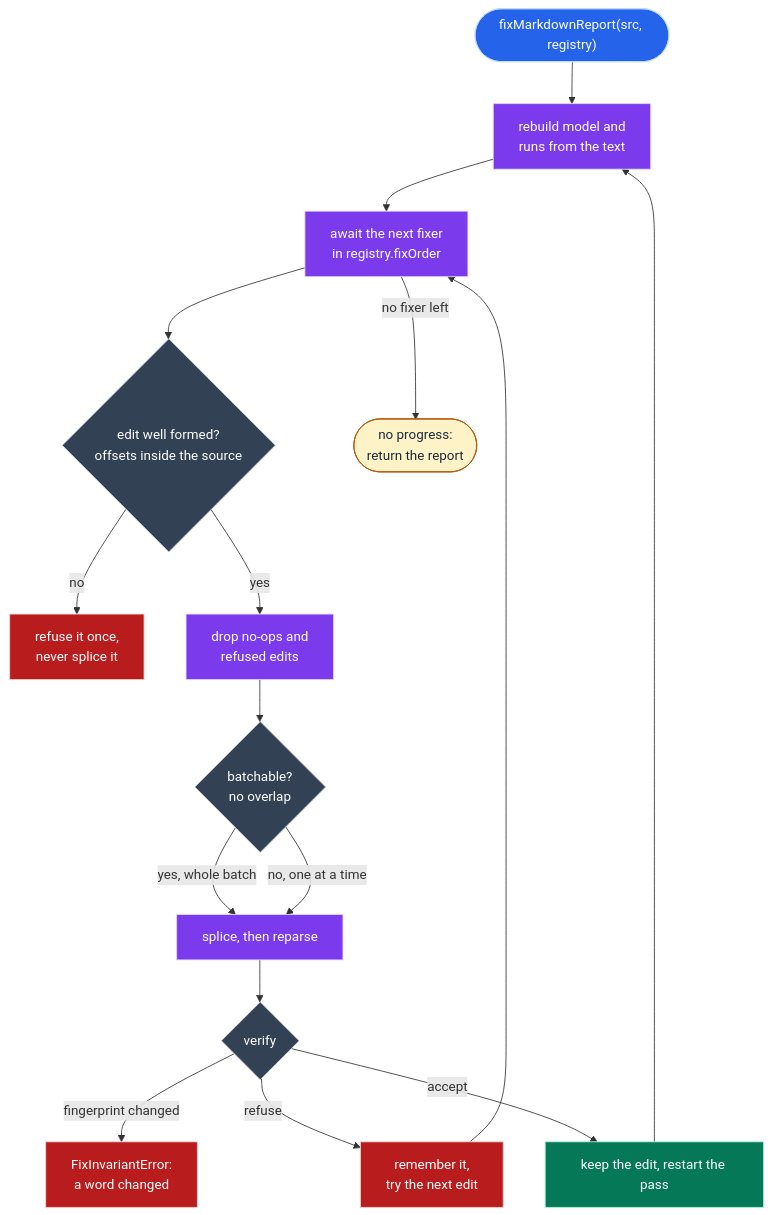
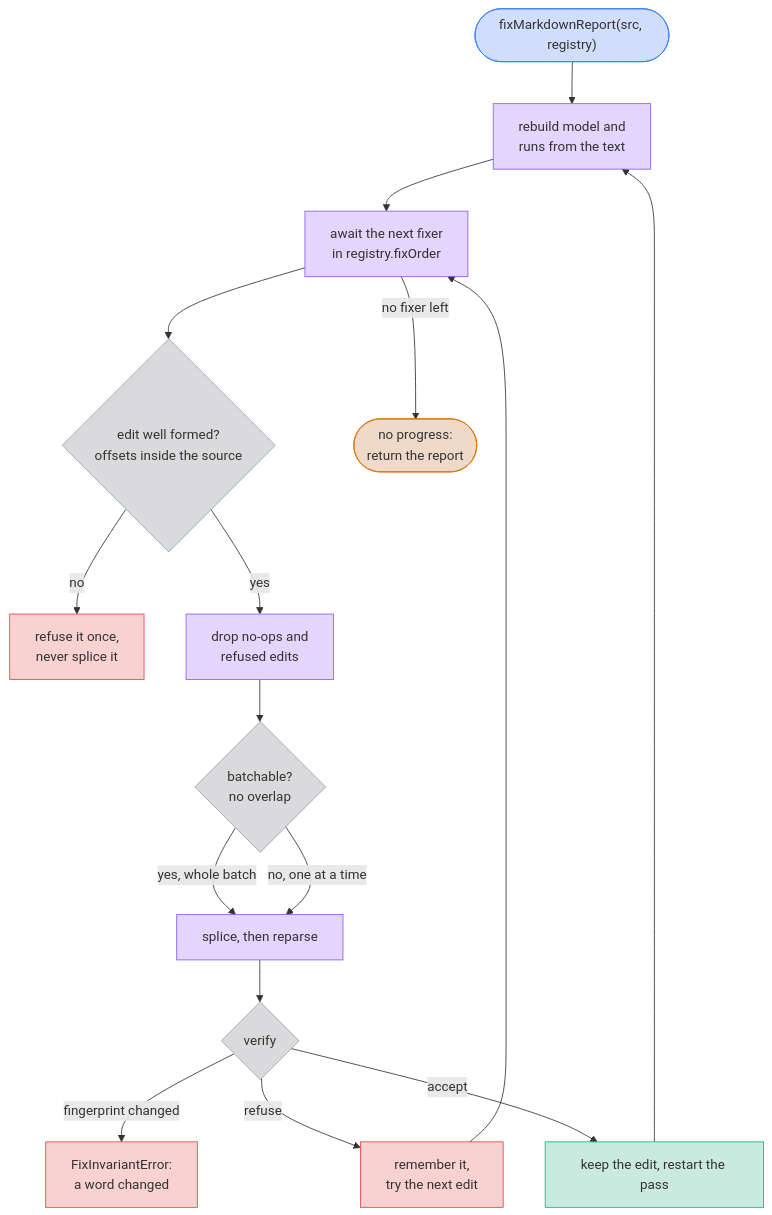
Before and after one commit to jpeakai/jpai-prose-gates: diagram 11 of 19 in docs/DATA_MODEL.md, drawn with Mermaid. The commit also changed other lines of this file and 1 other file, not shown here.

First line of the commit message:
docs: recalibrate the Mermaid diagrams for Material with translucent fills

````diff
--- a/docs/DATA_MODEL.md
+++ b/docs/DATA_MODEL.md
@@ -369,34 +369,34 @@
 ```mermaid
 flowchart TB
     START(["fixMarkdownReport(src, registry)"]):::source
     BUILD["rebuild model and<br/>runs from the text"]:::build
     ASK["await the next fixer<br/>in registry.fixOrder"]:::build
     SOUND{"edit well formed?<br/>offsets inside the source"}:::decide
     REJECT["refuse it once,<br/>never splice it"]:::bad
     FILTER["drop no-ops and<br/>refused edits"]:::build
     BATCH{"batchable?<br/>no overlap"}:::decide
     SPLICE["splice, then reparse"]:::build
     VERIFY{"verify"}:::decide
     ACCEPT["keep the edit, restart the pass"]:::ok
     REFUSE["remember it,<br/>try the next edit"]:::bad
     THROW["FixInvariantError:<br/>a word changed"]:::bad
     DONE(["no progress:<br/>return the report"]):::out
 
     START --> BUILD --> ASK --> SOUND
     SOUND -- "no" --> REJECT
     SOUND -- "yes" --> FILTER --> BATCH
     BATCH -- "yes, whole batch" --> SPLICE
     BATCH -- "no, one at a time" --> SPLICE
     SPLICE --> VERIFY
     VERIFY -- "accept" --> ACCEPT --> BUILD
     VERIFY -- "refuse" --> REFUSE --> ASK
     VERIFY -- "fingerprint changed" --> THROW
     ASK -- "no fixer left" --> DONE
 
-    classDef source fill:#2563eb,stroke:#bfdbfe,color:#ffffff
-    classDef build  fill:#7c3aed,stroke:#ddd6fe,color:#ffffff
-    classDef decide fill:#334155,stroke:#cbd5e1,color:#ffffff
-    classDef ok     fill:#047857,stroke:#a7f3d0,color:#ffffff
-    classDef bad    fill:#b91c1c,stroke:#fecaca,color:#ffffff
-    classDef out    fill:#fef3c7,stroke:#b45309,color:#1e293b
+    classDef source fill:#2563eb36,stroke:#3b82f6
+    classDef build  fill:#7c3aed36,stroke:#8b5cf6
+    classDef decide fill:#52525b36,stroke:#94a3b8
+    classDef ok     fill:#05966936,stroke:#10b981
+    classDef bad    fill:#dc262636,stroke:#ef4444
+    classDef out    fill:#b4530936,stroke:#d97706
 ```
````
